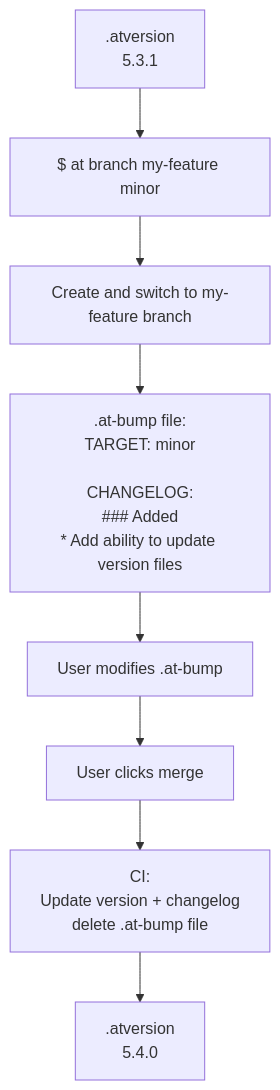
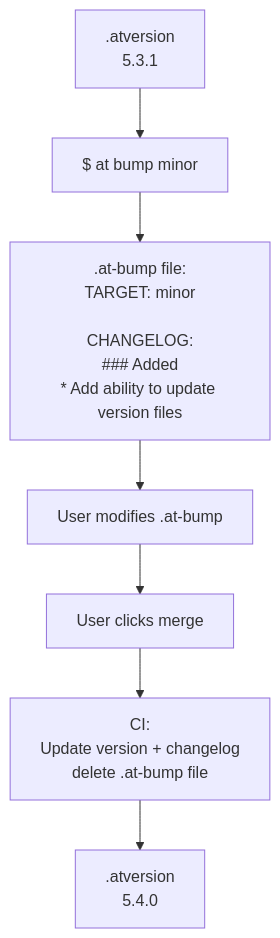
One commit to gregerspoulsen/artisan_tools changed the diagram in doc/workflow.mermaid. Above: the diagram before and after it, drawn with Mermaid.

Commit message:
Remove git branch

```diff
--- a/doc/workflow.mermaid
+++ b/doc/workflow.mermaid
@@ -1,17 +1,15 @@
 graph TD
     A[.atversion<br>5.3.1]
-    B["$ at branch my-feature minor<br>"]
-    C[Create and switch to my-feature branch]
+    B["$ at bump minor <br>"]
     D[".at-bump file:<br>TARGET: minor<br><br>CHANGELOG:<br>### Added<br>* Add ability to update version files"]
     E[User modifies .at-bump]
     F[User clicks merge]
     G[CI:<br>Update version + changelog<br>delete .at-bump file]
     H[.atversion<br>5.4.0]
 
     A --> B
-    B --> C
-    C --> D
+    B --> D
     D --> E
     E --> F
     F --> G
     G --> H
```
